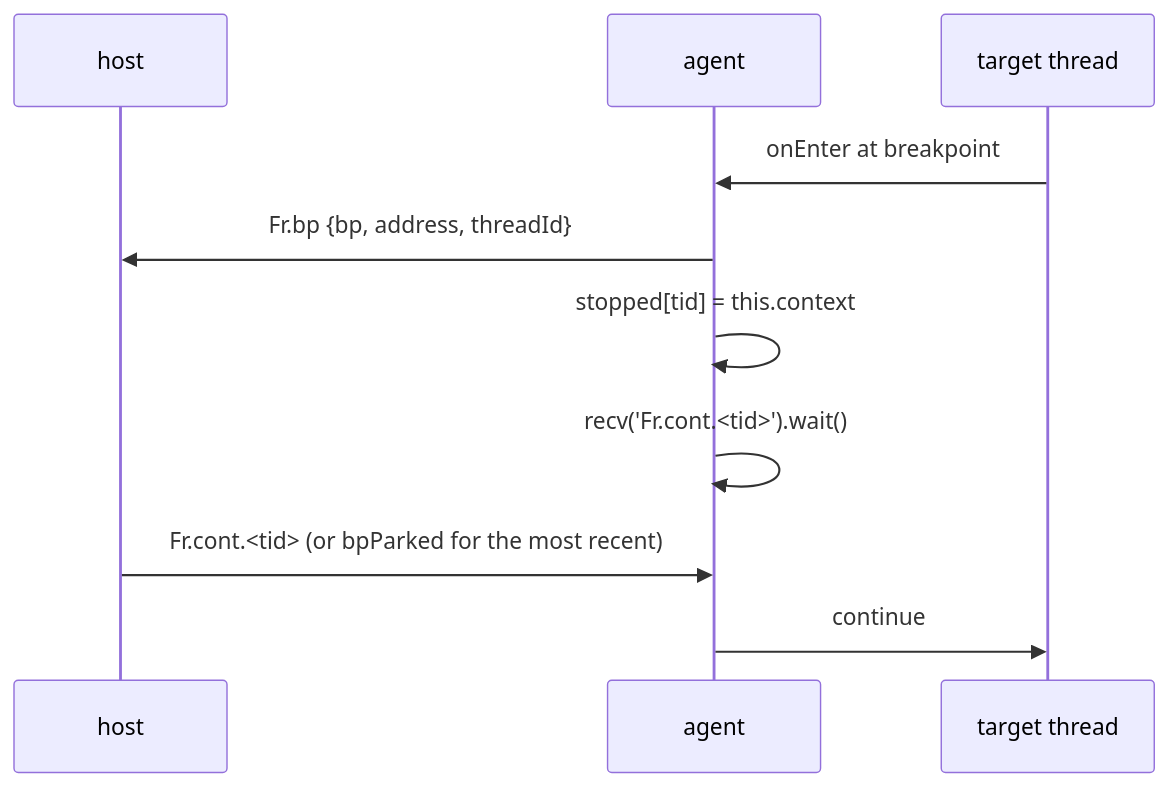
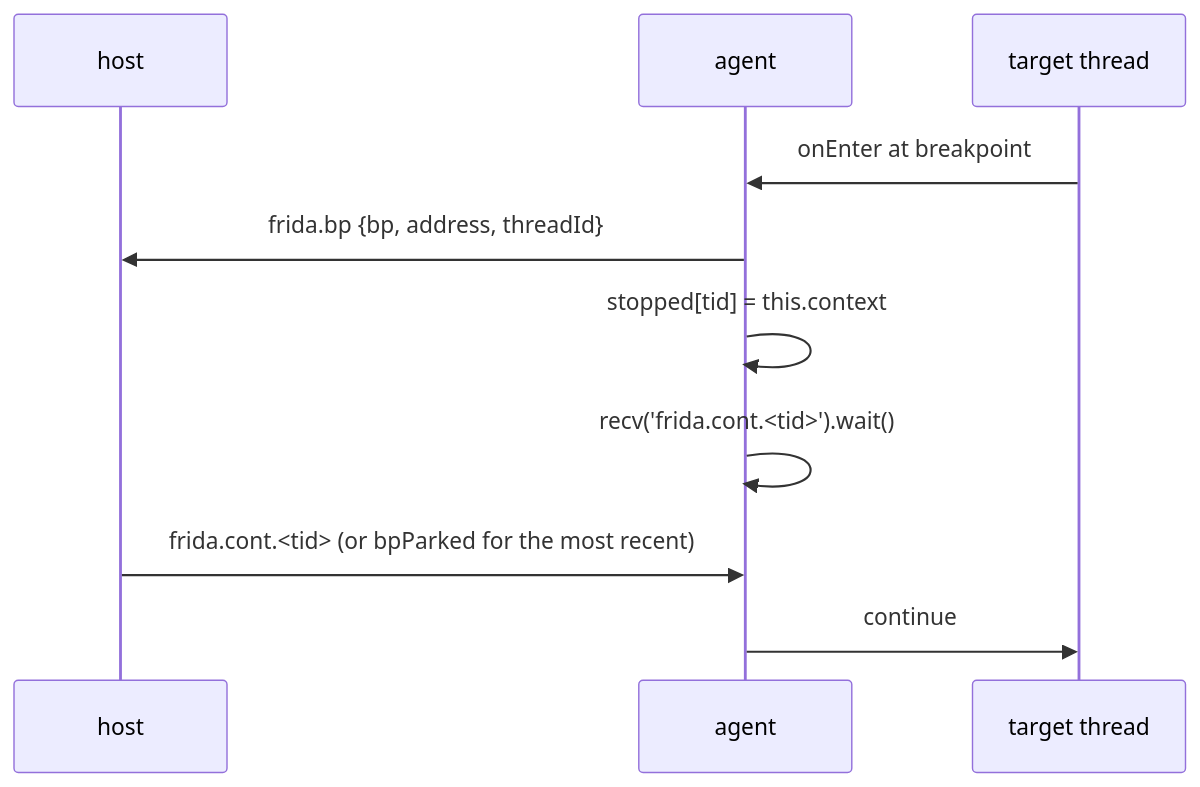
One commit to rizinorg/rz-frida changed the first of 2 diagrams in docs/under_the_hood/under_the_hood.qmd. Above: the diagram before and after it, drawn with Mermaid. The commit also changed other lines of this file and 29 other files, not shown here.

````diff
--- a/docs/under_the_hood/under_the_hood.qmd
+++ b/docs/under_the_hood/under_the_hood.qmd
@@ -54,12 +54,12 @@
 ```{mermaid}
 sequenceDiagram
     participant H as host
     participant A as agent
     participant T as target thread
     T->>A: onEnter at breakpoint
-    A->>H: Fr.bp {bp, address, threadId}
+    A->>H: frida.bp {bp, address, threadId}
     A->>A: stopped[tid] = this.context
-    A->>A: recv('Fr.cont.<tid>').wait()
-    H->>A: Fr.cont.<tid> (or bpParked for the most recent)
+    A->>A: recv('frida.cont.<tid>').wait()
+    H->>A: frida.cont.<tid> (or bpParked for the most recent)
     A->>T: continue
 ```
````
